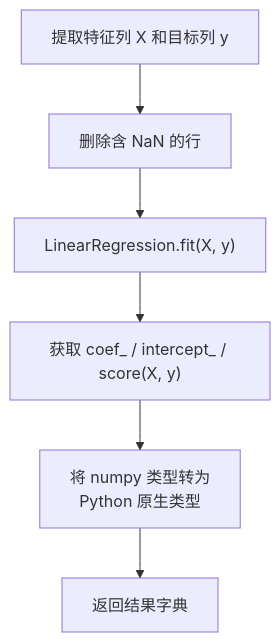
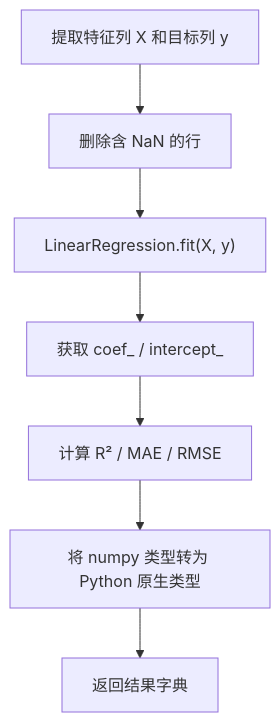
Before and after one commit to HuayiDudu/Interactive-Data-Analysis-System: the third of 4 diagrams in docs/4-分析功能模块/开发文档.md, drawn with Mermaid. The commit also changed other lines of this file and 10 other files, not shown here.

````diff
--- a/docs/4-分析功能模块/开发文档.md
+++ b/docs/4-分析功能模块/开发文档.md
@@ -82,8 +98,9 @@
 ```mermaid
 flowchart TD
     A["提取特征列 X 和目标列 y"] --> B["删除含 NaN 的行"]
     B --> C["LinearRegression.fit(X, y)"]
-    C --> D["获取 coef_ / intercept_ / score(X, y)"]
-    D --> E["将 numpy 类型转为<br/>Python 原生类型"]
-    E --> F["返回结果字典"]
+    C --> D["获取 coef_ / intercept_"]
+    D --> E["计算 R² / MAE / RMSE"]
+    E --> F["将 numpy 类型转为 Python 原生类型"]
+    F --> G["返回结果字典"]
 ```
````
